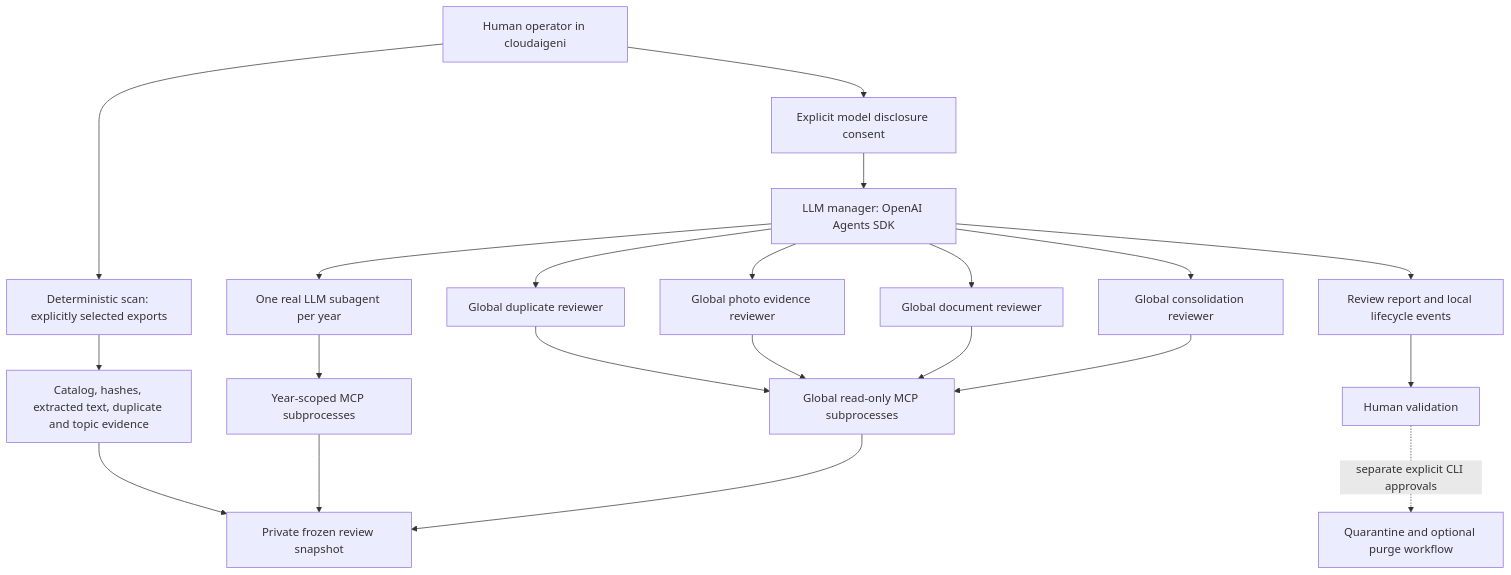
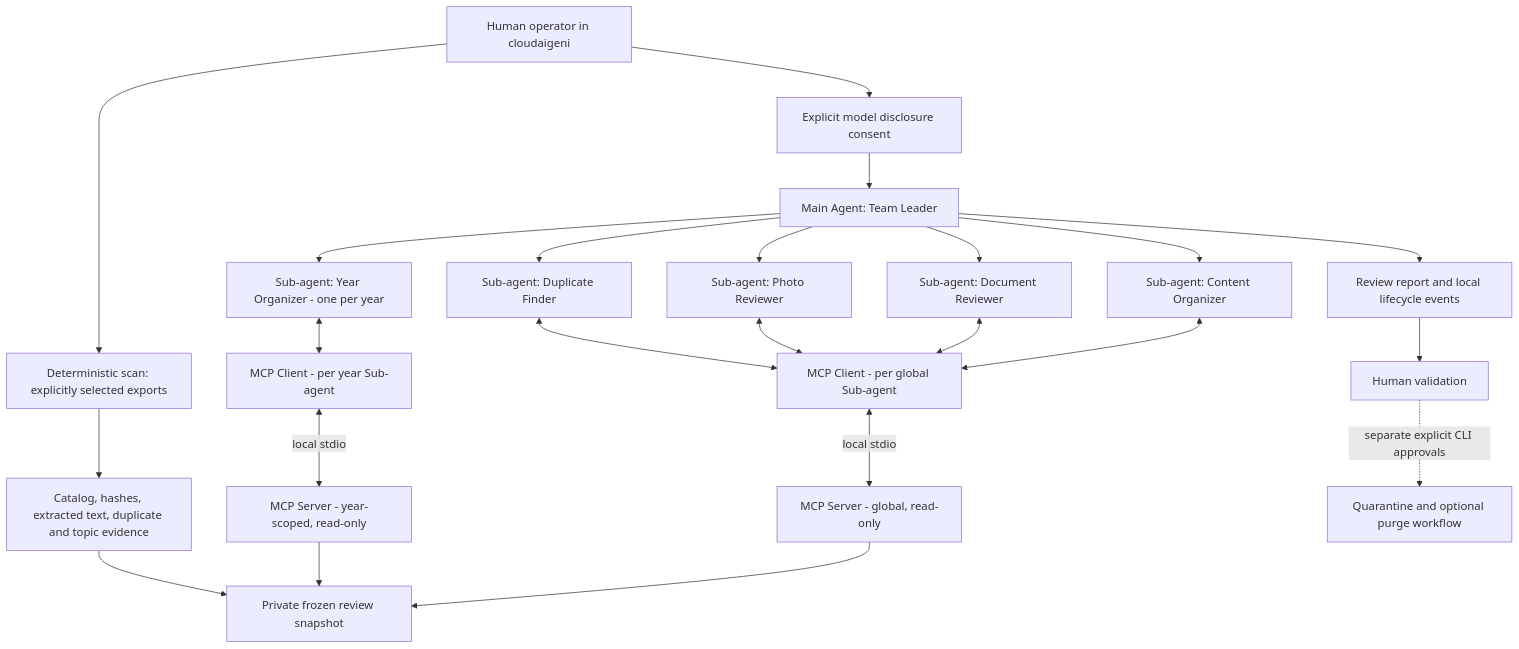
One commit to cloudaigeni-cell/CloudGenie-Library-Agents changed the diagram in docs/AGENT-ARCHITECTURE.md. Above: the diagram before and after it, drawn with Mermaid. The commit also changed other lines of this file and 2 other files, not shown here.

Commit message:
Explain agents, subagents, MCP clients and servers for beginners

````diff
--- a/docs/AGENT-ARCHITECTURE.md
+++ b/docs/AGENT-ARCHITECTURE.md
@@ -17,23 +81,25 @@
 ```mermaid
 flowchart TD
     U[Human operator in cloudaigeni] --> S[Deterministic scan: explicitly selected exports]
     S --> E[Catalog, hashes, extracted text, duplicate and topic evidence]
     E --> F[Private frozen review snapshot]
     U --> C[Explicit model disclosure consent]
-    C --> M[LLM manager: OpenAI Agents SDK]
-    M --> Y[One real LLM subagent per year]
-    M --> D[Global duplicate reviewer]
-    M --> P[Global photo evidence reviewer]
-    M --> T[Global document reviewer]
-    M --> B[Global consolidation reviewer]
-    Y --> MY[Year-scoped MCP subprocesses]
-    D --> MG[Global read-only MCP subprocesses]
-    P --> MG
-    T --> MG
-    B --> MG
+    C --> M[Main Agent: Team Leader]
+    M --> Y[Sub-agent: Year Organizer - one per year]
+    M --> D[Sub-agent: Duplicate Finder]
+    M --> P[Sub-agent: Photo Reviewer]
+    M --> T[Sub-agent: Document Reviewer]
+    M --> B[Sub-agent: Content Organizer]
+    Y <--> YC[MCP Client - per year Sub-agent]
+    D <--> GC[MCP Client - per global Sub-agent]
+    P <--> GC
+    T <--> GC
+    B <--> GC
+    YC <-->|local stdio| MY[MCP Server - year-scoped, read-only]
+    GC <-->|local stdio| MG[MCP Server - global, read-only]
     MY --> F
     MG --> F
     M --> R[Review report and local lifecycle events]
     R --> H[Human validation]
     H -. separate explicit CLI approvals .-> Q[Quarantine and optional purge workflow]
 ```
````
